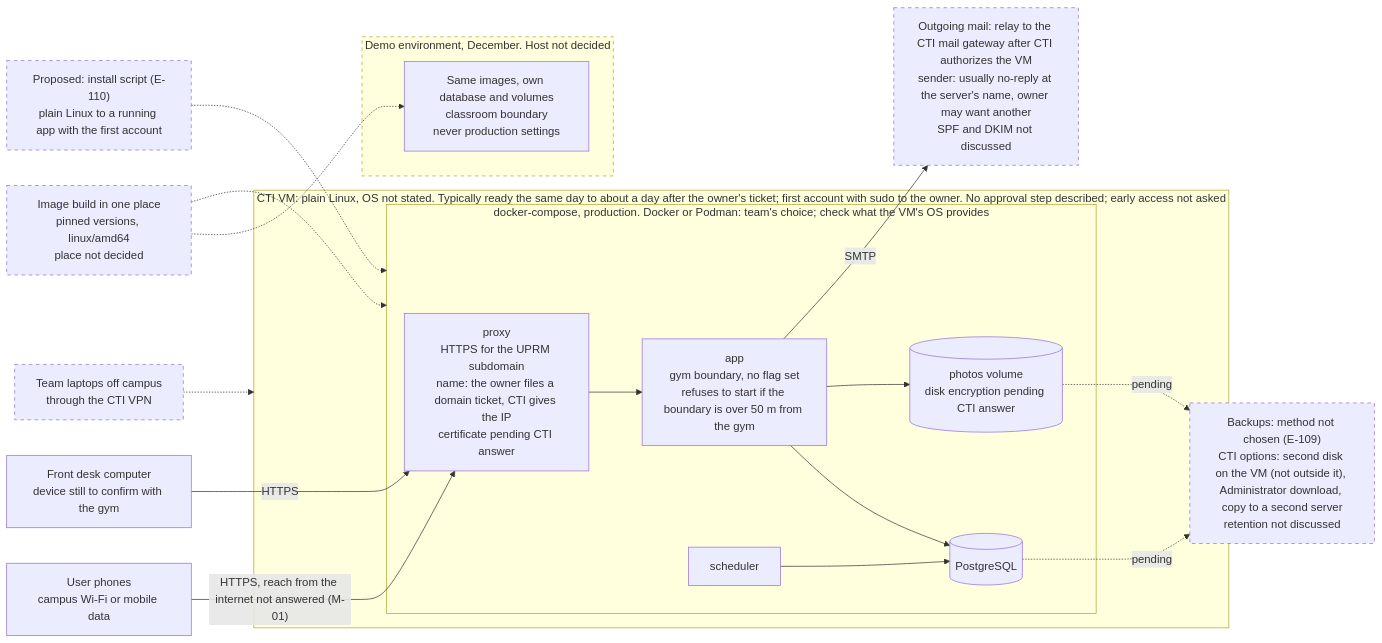
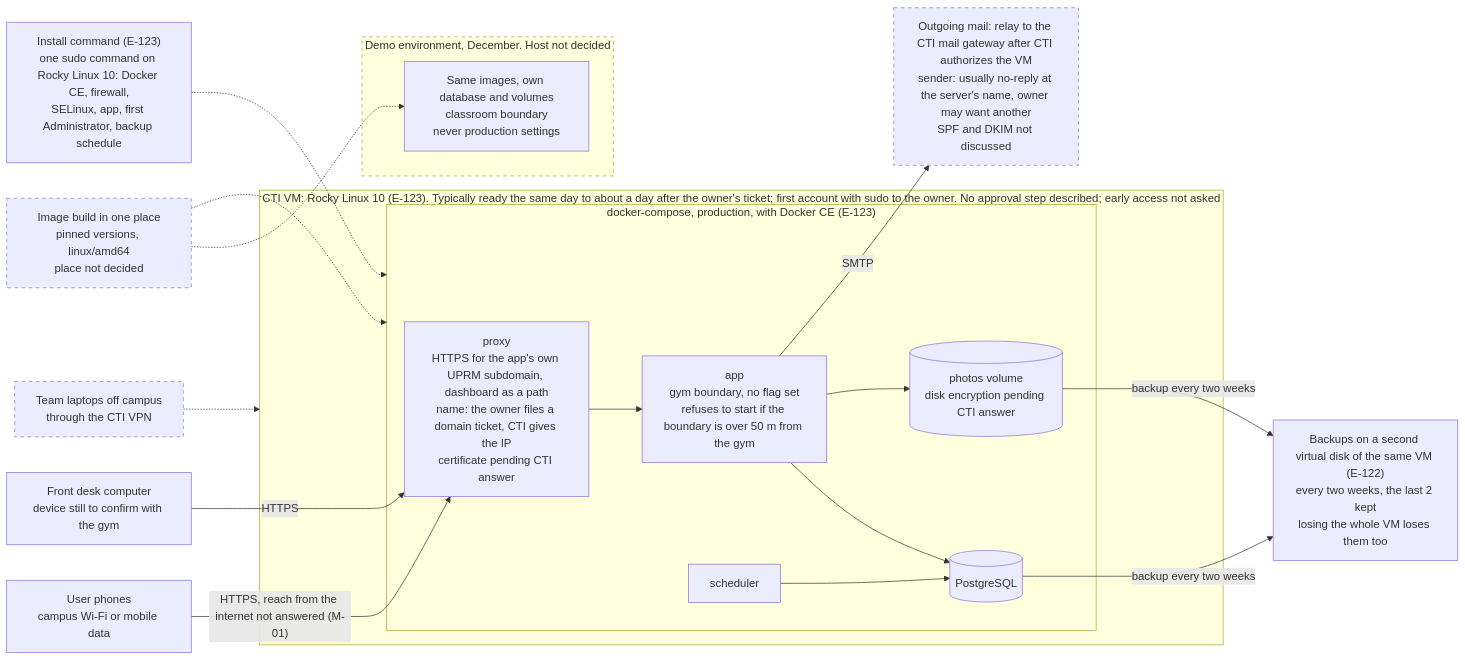
One commit to Th3-Minorities/natatorio-gym-app changed the fourth of 5 diagrams in docs/design/architecture.md. Above: the diagram before and after it, drawn with Mermaid. The commit also changed other lines of this file and 8 other files, not shown here.

Commit message:
Update the SRS and design docs for personal staff accounts, check-out, one roster, store sync and the other meeting decisions

````diff
--- a/docs/design/architecture.md
+++ b/docs/design/architecture.md
@@ -161,42 +160,42 @@
 ```mermaid
 flowchart LR
   PHN["User phones<br/>campus Wi-Fi or mobile data"]
   DESK["Front desk computer<br/>device still to confirm with the gym"]
   BUILD["Image build in one place<br/>pinned versions, linux/amd64<br/>place not decided"]
   LAP["Team laptops off campus<br/>through the CTI VPN"]
-  INST["Proposed: install script (E-110)<br/>plain Linux to a running app with the first account"]
+  INST["Install command (E-123)<br/>one sudo command on Rocky Linux 10: Docker CE, firewall,<br/>SELinux, app, first Administrator, backup schedule"]
 
-  subgraph VM["CTI VM: plain Linux, OS not stated. Typically ready the same day to about a day after the owner's ticket; first account with sudo to the owner. No approval step described; early access not asked"]
-    subgraph PROD["docker-compose, production. Docker or Podman: team's choice; check what the VM's OS provides"]
-      PX2["proxy<br/>HTTPS for the UPRM subdomain<br/>name: the owner files a domain ticket, CTI gives the IP<br/>certificate pending CTI answer"]
+  subgraph VM["CTI VM: Rocky Linux 10 (E-123). Typically ready the same day to about a day after the owner's ticket; first account with sudo to the owner. No approval step described; early access not asked"]
+    subgraph PROD["docker-compose, production, with Docker CE (E-123)"]
+      PX2["proxy<br/>HTTPS for the app's own UPRM subdomain, dashboard as a path<br/>name: the owner files a domain ticket, CTI gives the IP<br/>certificate pending CTI answer"]
       APP2["app<br/>gym boundary, no flag set<br/>refuses to start if the boundary is over 50 m from the gym"]
       SCH2["scheduler"]
       DB2[("PostgreSQL")]
       PV2[("photos volume<br/>disk encryption pending CTI answer")]
     end
   end
 
   subgraph DEMO["Demo environment, December. Host not decided"]
     DEMOAPP["Same images, own database and volumes<br/>classroom boundary<br/>never production settings"]
   end
 
   SMTP["Outgoing mail: relay to the CTI mail gateway after CTI authorizes the VM<br/>sender: usually no-reply at the server's name, owner may want another<br/>SPF and DKIM not discussed"]
-  BK2["Backups: method not chosen (E-109)<br/>CTI options: second disk on the VM (not outside it), Administrator download, copy to a second server<br/>retention not discussed"]
+  BK2["Backups on a second virtual disk of the same VM (E-122)<br/>every two weeks, the last 2 kept<br/>losing the whole VM loses them too"]
 
   PHN -->|"HTTPS, reach from the internet not answered (M-01)"| PX2
   DESK -->|"HTTPS"| PX2
   PX2 --> APP2
   APP2 --> DB2
   APP2 --> PV2
   SCH2 --> DB2
   APP2 -->|"SMTP"| SMTP
-  DB2 -.->|"pending"| BK2
-  PV2 -.->|"pending"| BK2
+  DB2 -->|"backup every two weeks"| BK2
+  PV2 -->|"backup every two weeks"| BK2
   BUILD -.-> PROD
   BUILD -.-> DEMOAPP
   LAP -.-> VM
   INST -.-> PROD
 
   classDef pending stroke-dasharray: 5 5
-  class SMTP,BK2,BUILD,DEMO,LAP,INST pending
+  class SMTP,BUILD,DEMO,LAP pending
 ```
````
